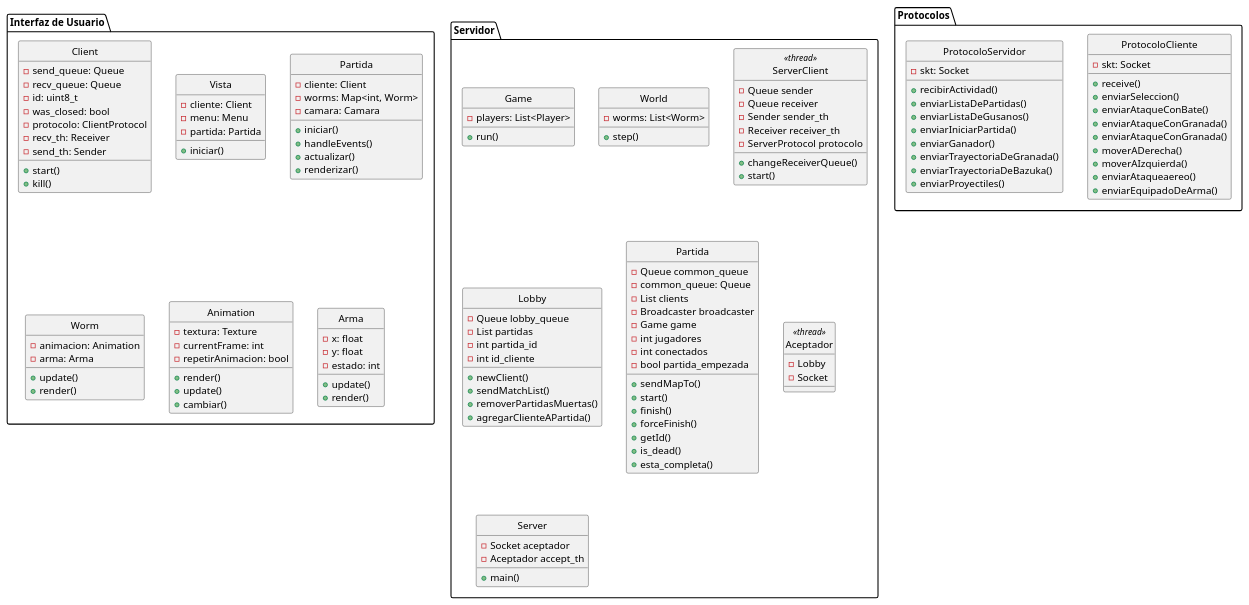
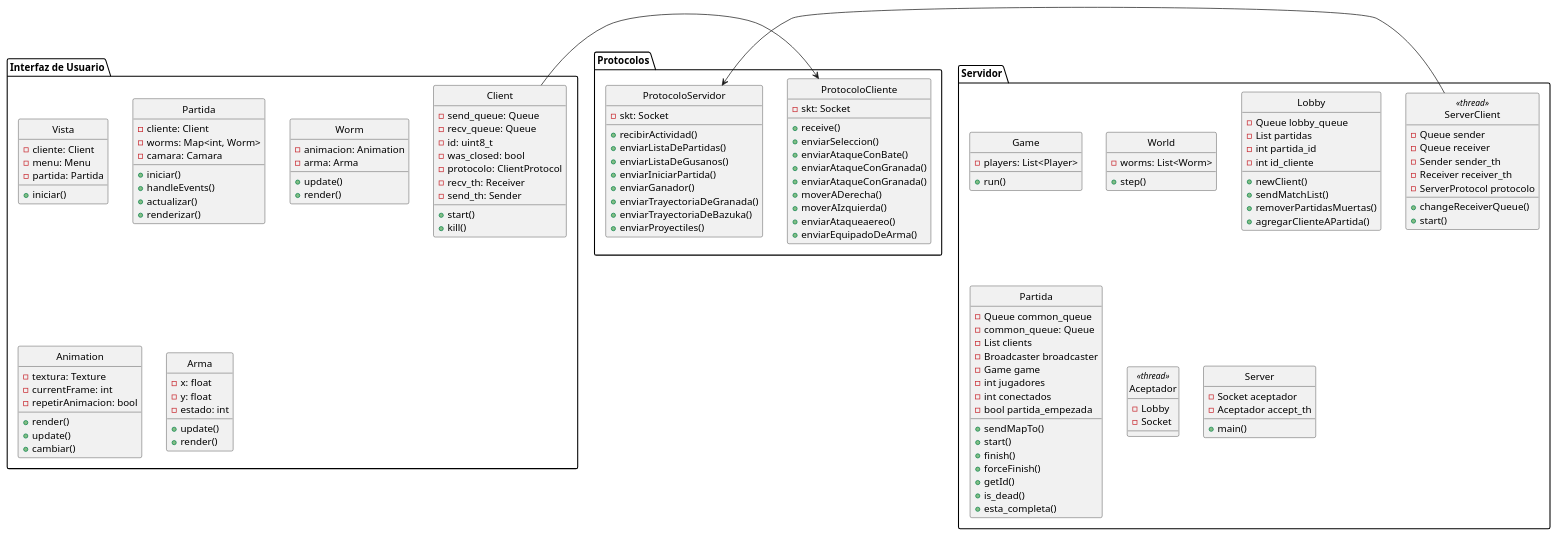
One commit to AlanValdevenito/Worms changed the diagram in documentacion/diagrama_de_clases.wsd. Above: the diagram before and after it, drawn with PlantUML. The commit also changed 1 other file, not shown here.

Commit message:
Documentacion protocolo

```diff
--- a/documentacion/diagrama_de_clases.wsd
+++ b/documentacion/diagrama_de_clases.wsd
@@ -1,149 +1,154 @@
-@startuml diagrama
-hide empty attributes
-hide circle
+    @startuml
+    hide empty attributes
+    hide circle
 
-package "Interfaz de Usuario"  {
-  class Client {
-    - send_queue: Queue 
-    - recv_queue: Queue 
-    - id: uint8_t 
-    - was_closed: bool 
-    - protocolo: ClientProtocol 
-    - recv_th: Receiver 
-    - send_th: Sender 
-    +start()
-    +kill()
-  } 
+    package "Servidor" {
+    
+    class ServerClient <<thread>>{
+        - Queue sender
+        - Queue receiver
+        - Sender sender_th
+        - Receiver receiver_th
+        - ServerProtocol protocolo
+        + changeReceiverQueue()
+        + start()
+    }
+    
+    class Game {
+        -players: List<Player> 
+        +run()
+    }
 
-  class Vista {
-    -cliente: Client
-    -menu: Menu
-    -partida: Partida
-    +iniciar()
-  }
-  
-  class Partida {
-    -cliente: Client
-    -worms: Map<int, Worm>
-    -camara: Camara
-    +iniciar()
-    +handleEvents()
-    +actualizar()
-    +renderizar()
-  }
+    class World {
+        -worms: List<Worm>
+        +step()
+    }
+    
+    class Lobby {
+        - Queue lobby_queue
+        - List partidas
+        - int partida_id
+        - int id_cliente
+        + newClient()
+        + sendMatchList()
+        + removerPartidasMuertas()
+        + agregarClienteAPartida()
+    }
+    
+    class Partida {
+        - Queue common_queue
+        - common_queue: Queue
+        - List clients
+        - Broadcaster broadcaster
+        - Game game
+        - int jugadores
+        - int conectados
+        - bool partida_empezada
+        + sendMapTo()
+        + start()
+        + finish()
+        + forceFinish()
+        + getId()
+        + is_dead()
+        + esta_completa()
+    }
 
-  class Worm {
-    -animacion: Animation
-    -arma: Arma
-    +update()
-    +render()
-  }
+    class Aceptador <<thread>>{
+        - Lobby
+        - Socket
+    }
+    
+    class Server {
+        - Socket aceptador
+        - Aceptador accept_th
+        + main()
+    }
+    }
 
-  class Animation {
-    -textura: Texture
-    -currentFrame: int
-    -repetirAnimacion: bool
-    +render()
-    +update()
-    +cambiar()
-  }
+    package "Protocolos" {
+    
+    class ProtocoloServidor {
+        - skt: Socket
+        +recibirActividad()
+        +enviarListaDePartidas()
+        +enviarListaDeGusanos()
+        +enviarIniciarPartida()
+        +enviarGanador()
+        +enviarTrayectoriaDeGranada()
+        +enviarTrayectoriaDeBazuka()
+        +enviarProyectiles()
+    }
+    
+    class ProtocoloCliente {
+        - skt: Socket
+        +receive()
+        +enviarSeleccion()
+        +enviarAtaqueConBate()
+        +enviarAtaqueConGranada()
+        +enviarAtaqueConGranada()
+        +moverADerecha()
+        +moverAIzquierda()
+        +enviarAtaqueaereo()
+        +enviarEquipadoDeArma()
+    }
+    }
 
-  class Arma {
-    -x: float
-    -y: float
-    -estado: int
-    +update()
-    +render()
-  }
-  
-}
+    package "Interfaz de Usuario"  {
+    class Client {
+        - send_queue: Queue 
+        - recv_queue: Queue 
+        - id: uint8_t 
+        - was_closed: bool 
+        - protocolo: ClientProtocol 
+        - recv_th: Receiver 
+        - send_th: Sender 
+        +start()
+        +kill()
+    } 
 
-package "Servidor" {
-  class Game {
-    -players: List<Player> 
-    +run()
-  }
+    class Vista {
+        -cliente: Client
+        -menu: Menu
+        -partida: Partida
+        +iniciar()
+    }
+    
+    class Partida {
+        -cliente: Client
+        -worms: Map<int, Worm>
+        -camara: Camara
+        +iniciar()
+        +handleEvents()
+        +actualizar()
+        +renderizar()
+    }
 
-  class World {
-    -worms: List<Worm>
-    +step()
-  }
-  
-  class ServerClient <<thread>>{
-    - Queue sender
-    - Queue receiver
-    - Sender sender_th
-    - Receiver receiver_th
-    - ServerProtocol protocolo
-    + changeReceiverQueue()
-    + start()
-  }
-  
-  class Lobby {
-    - Queue lobby_queue
-    - List partidas
-    - int partida_id
-    - int id_cliente
-    + newClient()
-    + sendMatchList()
-    + removerPartidasMuertas()
-    + agregarClienteAPartida()
-  }
-  
-  class Partida {
-    - Queue common_queue
-    - common_queue: Queue
-    - List clients
-    - Broadcaster broadcaster
-    - Game game
-    - int jugadores
-    - int conectados
-    - bool partida_empezada
-    + sendMapTo()
-    + start()
-    + finish()
-    + forceFinish()
-    + getId()
-    + is_dead()
-    + esta_completa()
-  }
+    class Worm {
+        -animacion: Animation
+        -arma: Arma
+        +update()
+        +render()
+    }
 
-  class Aceptador <<thread>>{
-    - Lobby
-    - Socket
-  }
-  
-  class Server {
-    - Socket aceptador
-    - Aceptador accept_th
-    + main()
-  }
-}
+    class Animation {
+        -textura: Texture
+        -currentFrame: int
+        -repetirAnimacion: bool
+        +render()
+        +update()
+        +cambiar()
+    }
 
-package "Protocolos" {
-  class ProtocoloCliente {
-    - skt: Socket
-    +receive()
-    +enviarSeleccion()
-    +enviarAtaqueConBate()
-    +enviarAtaqueConGranada()
-    +enviarAtaqueConGranada()
-    +moverADerecha()
-    +moverAIzquierda()
-    +enviarAtaqueaereo()
-    +enviarEquipadoDeArma()
-  }
-  
-  class ProtocoloServidor {
-    - skt: Socket
-    +recibirActividad()
-    +enviarListaDePartidas()
-    +enviarListaDeGusanos()
-    +enviarIniciarPartida()
-    +enviarGanador()
-    +enviarTrayectoriaDeGranada()
-    +enviarTrayectoriaDeBazuka()
-    +enviarProyectiles()
-  }
-}
-@enduml
+    class Arma {
+        -x: float
+        -y: float
+        -estado: int
+        +update()
+        +render()
+    }
+    
+    }
+
+    Client -> ProtocoloCliente
+    ServerClient -> ProtocoloServidor
+    @enduml
```
